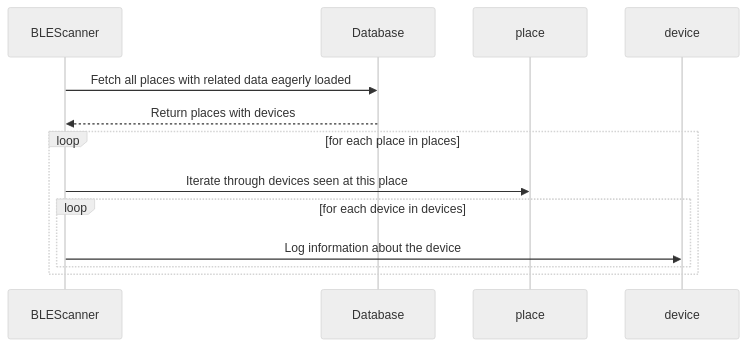
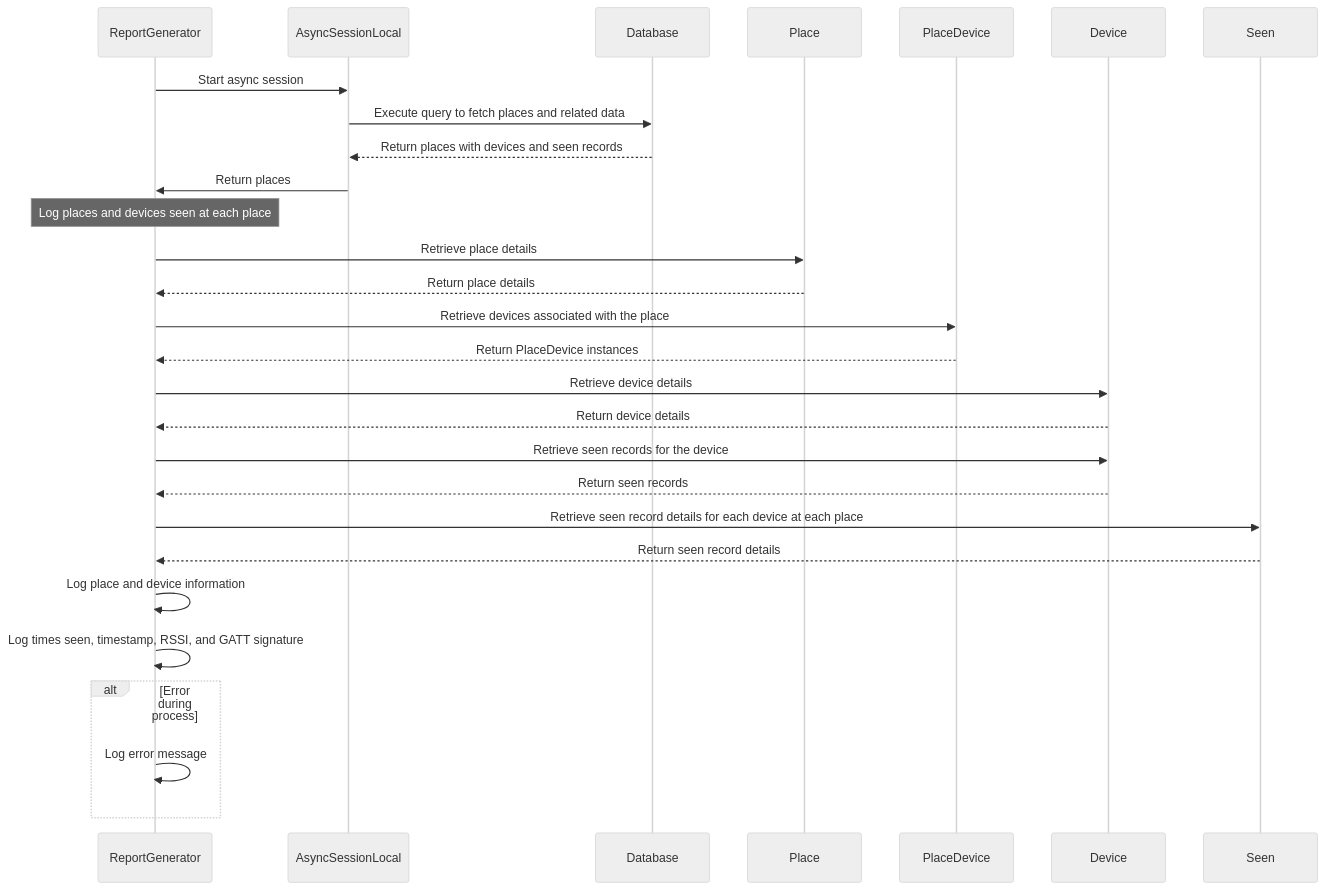
The second of 4 diagrams in src/swivel/scanners/README.md (blakdayz/swivel), drawn with Mermaid (neutral theme) before and after one commit. The commit also changed other lines of this file, not shown here.

````diff
--- a/src/swivel/scanners/README.md
+++ b/src/swivel/scanners/README.md
@@ -47,16 +47,35 @@
 ```mermaid
 sequenceDiagram
-participant BLEScanner
-participant Database
+    participant ReportGenerator
+    participant AsyncSessionLocal
+    participant Database
+    participant Place
+    participant PlaceDevice
+    participant Device
+    participant Seen
 
-BLEScanner->>Database: Fetch all places with related data eagerly loaded
-Database-->>BLEScanner: Return places with devices
+    ReportGenerator->>AsyncSessionLocal: Start async session
+    AsyncSessionLocal->>Database: Execute query to fetch places and related data
+    Database-->>AsyncSessionLocal: Return places with devices and seen records
 
-loop for each place in places
-    BLEScanner->>place: Iterate through devices seen at this place
-    loop for each device in devices
-        BLEScanner->>device: Log information about the device
+    AsyncSessionLocal->>ReportGenerator: Return places
+
+    Note over ReportGenerator: Log places and devices seen at each place
+    ReportGenerator->>Place: Retrieve place details
+    Place-->>ReportGenerator: Return place details
+    ReportGenerator->>PlaceDevice: Retrieve devices associated with the place
+    PlaceDevice-->>ReportGenerator: Return PlaceDevice instances
+    ReportGenerator->>Device: Retrieve device details
+    Device-->>ReportGenerator: Return device details
+    ReportGenerator->>Device: Retrieve seen records for the device
+    Device-->>ReportGenerator: Return seen records
+    ReportGenerator->>Seen: Retrieve seen record details for each device at each place
+    Seen-->>ReportGenerator: Return seen record details
+
+    ReportGenerator->>ReportGenerator: Log place and device information
+    ReportGenerator->>ReportGenerator: Log times seen, timestamp, RSSI, and GATT signature
+
+    alt Error during process
+        ReportGenerator->>ReportGenerator: Log error message
     end
-end
-
 ```
````
